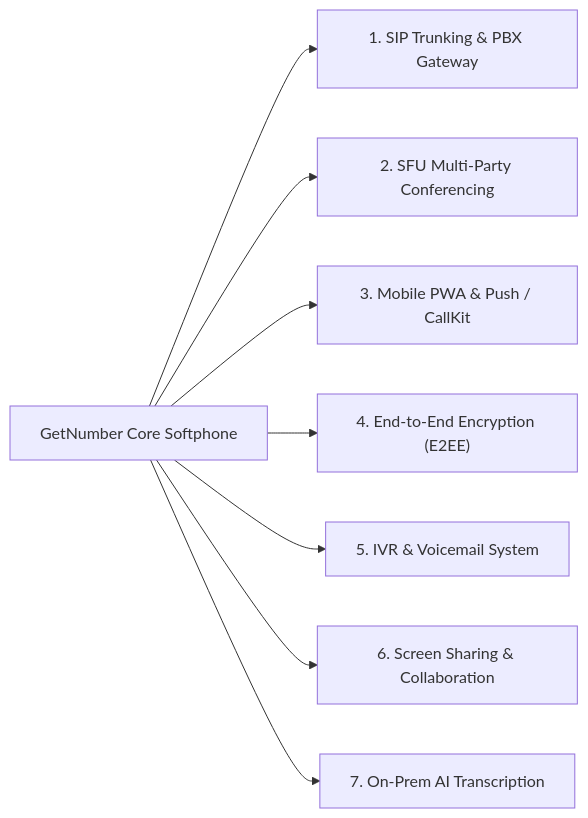
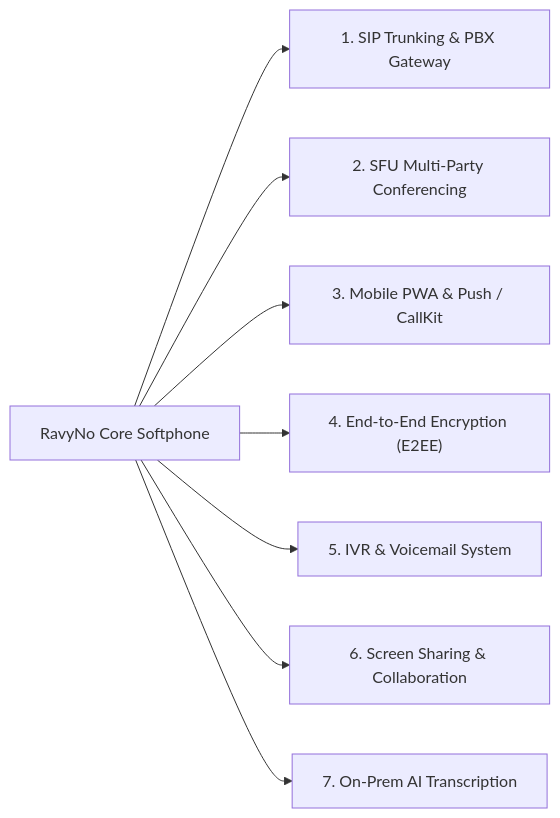
One commit to shanaqisaeed/GetNumber changed the second of 4 diagrams in README.md. Above: the diagram before and after it, drawn with Mermaid. The commit also changed other lines of this file and 286 other files, not shown here.

````diff
--- a/README.md
+++ b/README.md
@@ -174,10 +174,10 @@
 ```mermaid
 flowchart LR
-    A["GetNumber Core Softphone"] --> B["1. SIP Trunking & PBX Gateway"]
+    A["RavyNo Core Softphone"] --> B["1. SIP Trunking & PBX Gateway"]
     A --> C["2. SFU Multi-Party Conferencing"]
     A --> D["3. Mobile PWA & Push / CallKit"]
     A --> E["4. End-to-End Encryption (E2EE)"]
     A --> F["5. IVR & Voicemail System"]
     A --> G["6. Screen Sharing & Collaboration"]
     A --> H["7. On-Prem AI Transcription"]
 ```
````
